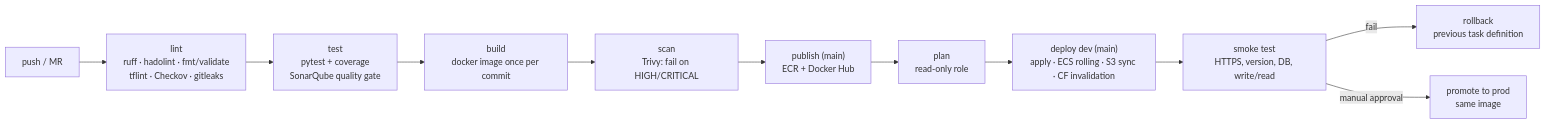
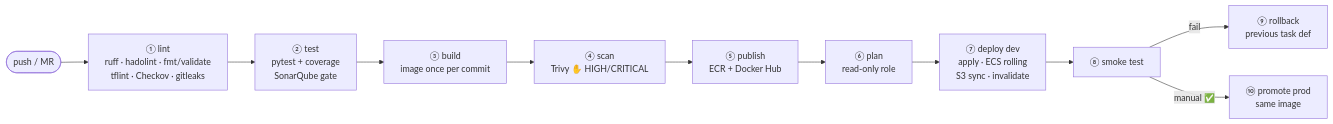
One commit to moe-s98/cloud-devops-assessment changed the third of 3 diagrams in README.md. Above: the diagram before and after it, drawn with Mermaid. The commit also changed other lines of this file, not shown here.

Commit message:
Expand README: rationale per decision, requirements map, diagrams, styled layout

````diff
--- a/README.md
+++ b/README.md
@@ -65,13 +313,13 @@
 ```mermaid
 flowchart LR
-    A[push / MR] --> L["lint<br/>ruff · hadolint · fmt/validate<br/>tflint · Checkov · gitleaks"]
-    L --> T["test<br/>pytest + coverage<br/>SonarQube quality gate"]
-    T --> B["build<br/>docker image once per commit"]
-    B --> S["scan<br/>Trivy: fail on HIGH/CRITICAL"]
-    S --> P["publish (main)<br/>ECR + Docker Hub"]
-    P --> PL["plan<br/>read-only role"]
-    PL --> D["deploy dev (main)<br/>apply · ECS rolling · S3 sync · CF invalidation"]
-    D --> V["smoke test<br/>HTTPS, version, DB, write/read"]
-    V -->|fail| R["rollback<br/>previous task definition"]
-    V -->|manual approval| PR["promote to prod<br/>same image"]
+    A([push / MR]) --> L["① lint<br/>ruff · hadolint · fmt/validate<br/>tflint · Checkov · gitleaks"]
+    L --> T["② test<br/>pytest + coverage<br/>SonarQube gate"]
+    T --> B["③ build<br/>image once per commit"]
+    B --> S["④ scan<br/>Trivy ✋ HIGH/CRITICAL"]
+    S --> P["⑤ publish<br/>ECR + Docker Hub"]
+    P --> PL["⑥ plan<br/>read-only role"]
+    PL --> D["⑦ deploy dev<br/>apply · ECS rolling<br/>S3 sync · invalidate"]
+    D --> V["⑧ smoke test"]
+    V -- fail --> R["⑨ rollback<br/>previous task def"]
+    V -- "manual ✅" --> PR["⑩ promote prod<br/>same image"]
 ```
````
